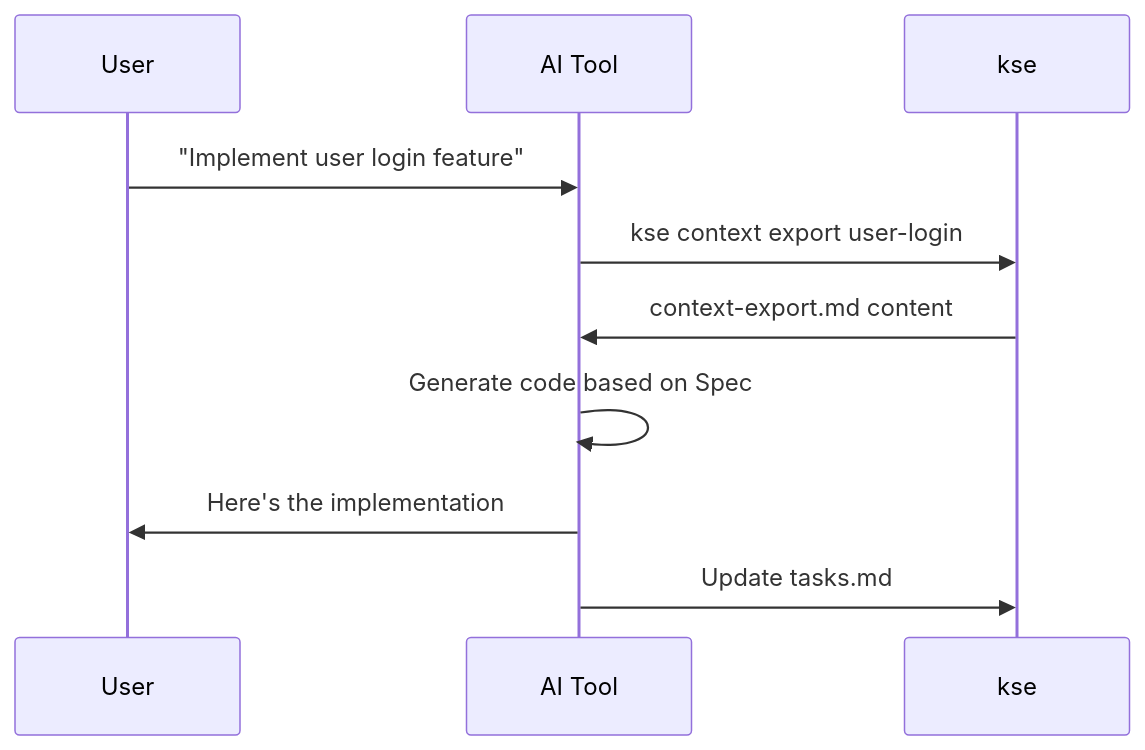
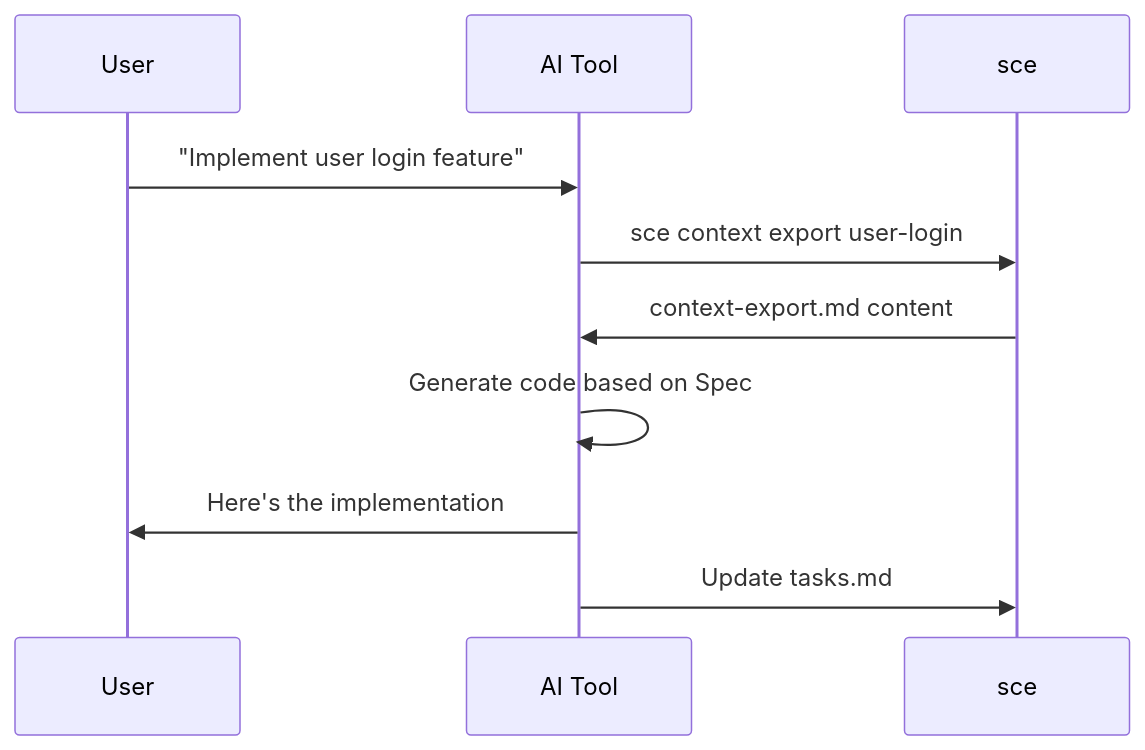
One commit to LuChangQiu/kiro-spec-engine changed the third of 5 diagrams in docs/integration-modes.md. Above: the diagram before and after it, drawn with Mermaid. The commit also changed other lines of this file and 237 other files, not shown here.

````diff
--- a/docs/integration-modes.md
+++ b/docs/integration-modes.md
@@ -98,13 +98,13 @@
 ```mermaid
 sequenceDiagram
     participant User
     participant AI Tool
-    participant kse
+    participant sce
     
     User->>AI Tool: "Implement user login feature"
-    AI Tool->>kse: kse context export user-login
-    kse->>AI Tool: context-export.md content
+    AI Tool->>sce: sce context export user-login
+    sce->>AI Tool: context-export.md content
     AI Tool->>AI Tool: Generate code based on Spec
     AI Tool->>User: Here's the implementation
-    AI Tool->>kse: Update tasks.md
+    AI Tool->>sce: Update tasks.md
 ```
````
